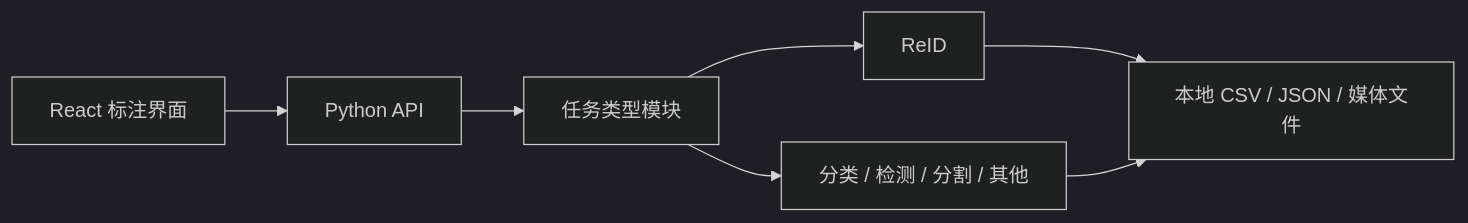
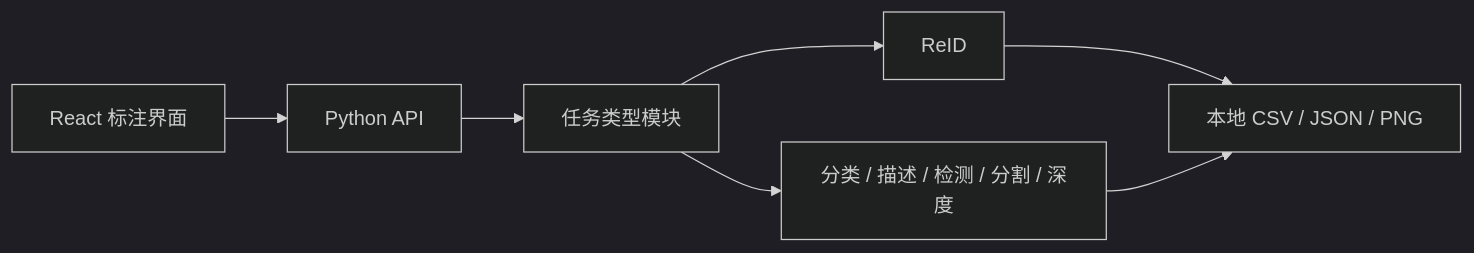
Before and after one commit to seagochen/annotation-toolkits: the diagram in README.md, drawn with Mermaid (dark theme). The commit also changed other lines of this file and 9 other files, not shown here.

````diff
--- a/README.md
+++ b/README.md
@@ -13,9 +13,9 @@
 ```mermaid
 flowchart LR
     Browser[React 标注界面] --> API[Python API]
     API --> Tasks[任务类型模块]
     Tasks --> ReID[ReID]
-    Tasks --> Future[分类 / 检测 / 分割 / 其他]
-    ReID --> Files[本地 CSV / JSON / 媒体文件]
-    Future --> Files
+    Tasks --> Vision[分类 / 描述 / 检测 / 分割 / 深度]
+    ReID --> Files[本地 CSV / JSON / PNG]
+    Vision --> Files
 ```
````
